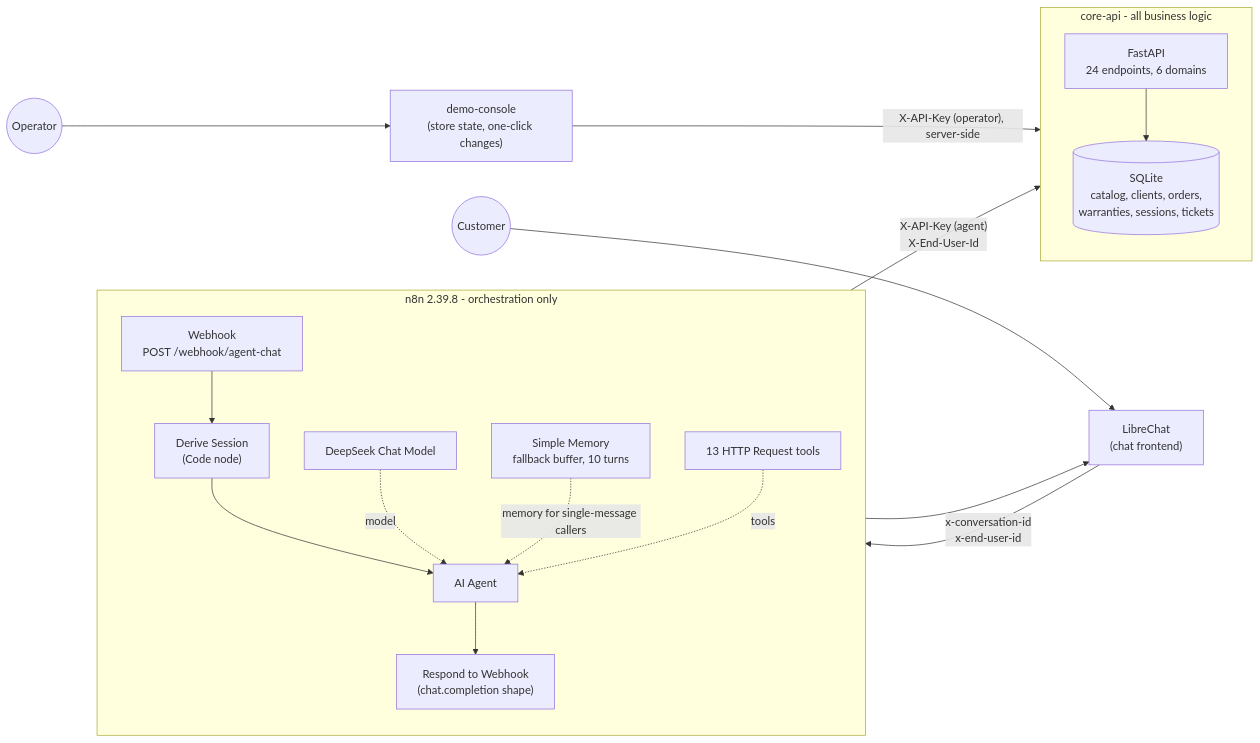
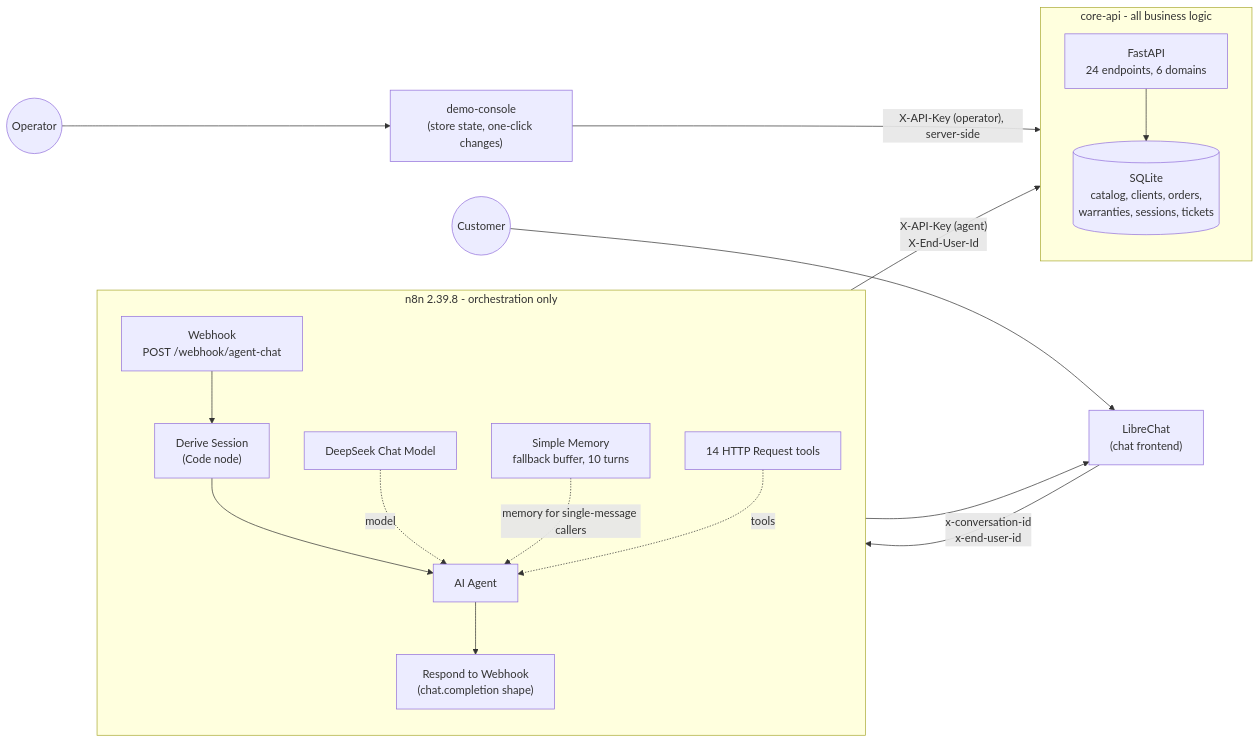
The diagram in README.md (Ramioy/emtelco_ai_agent_automation_platform), drawn with Mermaid before and after one commit. The commit also changed other lines of this file and 16 other files, not shown here.

````diff
--- a/README.md
+++ b/README.md
@@ -40,36 +40,36 @@
 ```mermaid
 flowchart LR
     U(("Customer"))
     LC["LibreChat<br/>(chat frontend)"]
     OP(("Operator"))
     DC["demo-console<br/>(store state, one-click changes)"]
 
     subgraph N8N["n8n 2.39.8 - orchestration only"]
         direction TB
         WH["Webhook<br/>POST /webhook/agent-chat"]
         DS["Derive Session<br/>(Code node)"]
         AG["AI Agent"]
         RW["Respond to Webhook<br/>(chat.completion shape)"]
         LLM["DeepSeek Chat Model"]
         MEM["Simple Memory<br/>fallback buffer, 10 turns"]
-        TOOLS["13 HTTP Request tools"]
+        TOOLS["14 HTTP Request tools"]
         WH --> DS --> AG --> RW
         LLM -. "model" .-> AG
         MEM -. "memory for single-message callers" .-> AG
         TOOLS -. "tools" .-> AG
     end
 
     subgraph API["core-api - all business logic"]
         direction TB
         FA["FastAPI<br/>24 endpoints, 6 domains"]
         DB[("SQLite<br/>catalog, clients, orders,<br/>warranties, sessions, tickets")]
         FA --> DB
     end
 
     U --> LC
     LC -- "x-conversation-id<br/>x-end-user-id" --> WH
     RW --> LC
     TOOLS -- "X-API-Key (agent)<br/>X-End-User-Id" --> FA
     OP --> DC
     DC -- "X-API-Key (operator), server-side" --> FA
 ```
````
